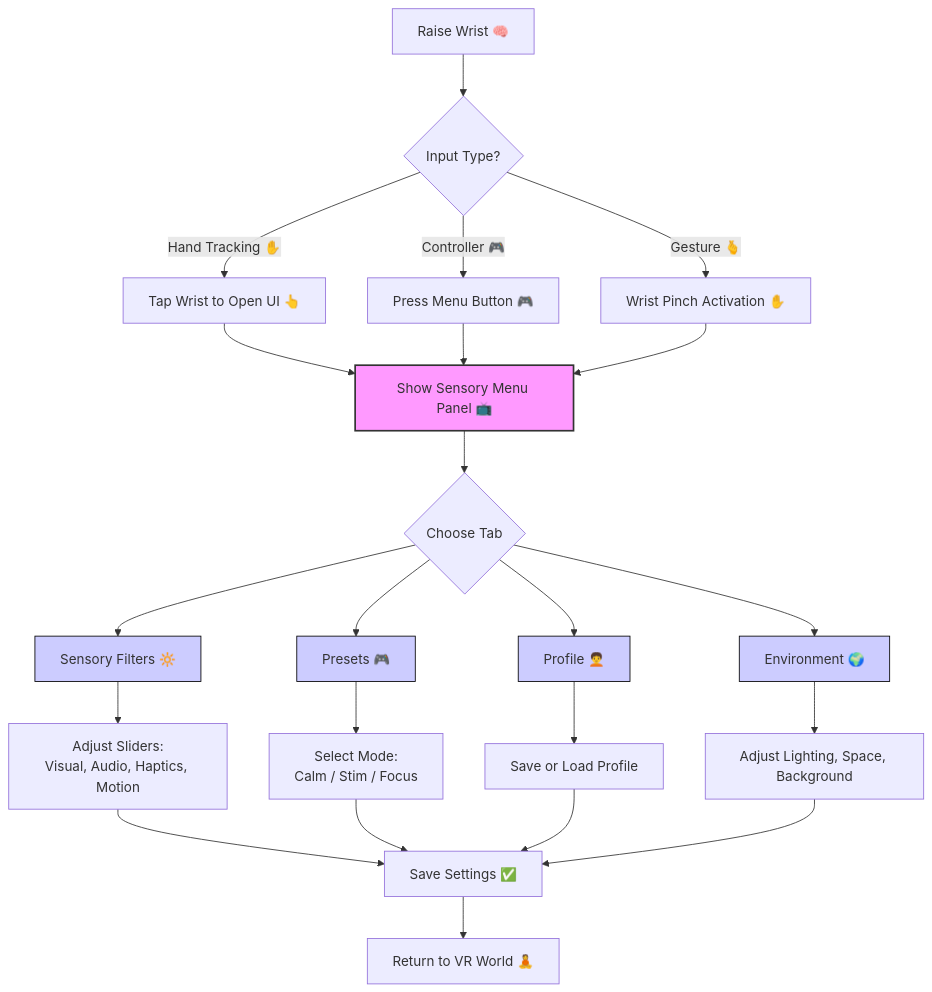
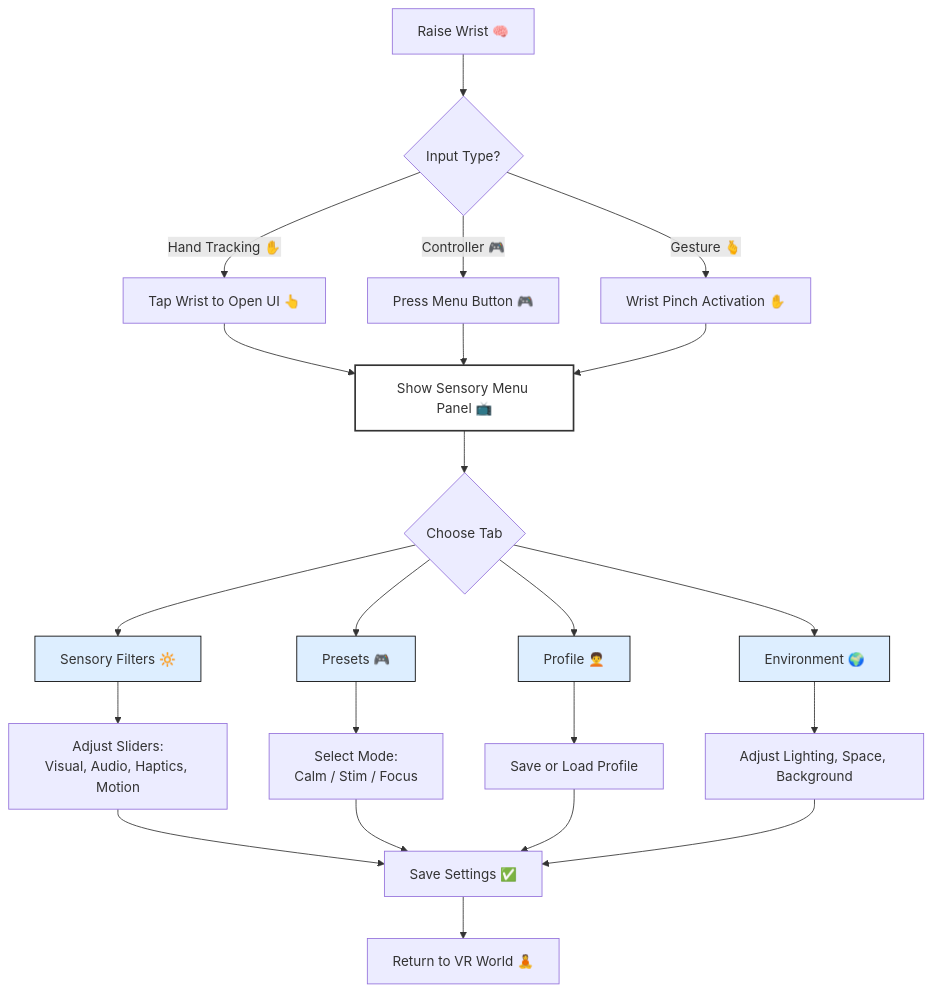
Before and after one commit to ZippyGorilla/NeuroverseG2: the first of 2 diagrams in README.md, drawn with Mermaid.

````diff
--- a/README.md
+++ b/README.md
@@ -14,36 +14,37 @@
 ```mermaid
 flowchart TD
     A[Raise Wrist 🧠] --> B{Input Type?}
 
     B -- "Hand Tracking ✋" --> C[Tap Wrist to Open UI 👆]
     B -- "Controller 🎮" --> D[Press Menu Button 🎮]
     B -- "Gesture 🫰" --> E[Wrist Pinch Activation ✋]
 
     C --> F[Show Sensory Menu Panel 📺]
     D --> F
     E --> F
 
     F --> G{Choose Tab}
     G --> G1[Sensory Filters 🔆]
     G --> G2[Presets 🎮]
     G --> G3[Profile 🧑‍🦱]
     G --> G4[Environment 🌍]
 
     G1 --> H1[Adjust Sliders:\nVisual, Audio, Haptics, Motion]
     G2 --> H2[Select Mode:\nCalm / Stim / Focus]
     G3 --> H3[Save or Load Profile]
     G4 --> H4[Adjust Lighting, Space, Background]
 
     H1 --> I[Save Settings ✅]
     H2 --> I
     H3 --> I
     H4 --> I
 
     I --> J[Return to VR World 🧘]
 
-    style F fill:#f9f,stroke:#333,stroke-width:2px
-    style G1 fill:#ccf,stroke:#000
-    style G2 fill:#ccf,stroke:#000
-    style G3 fill:#ccf,stroke:#000
-    style G4 fill:#ccf,stroke:#000
+    %% Improved styling for accessibility
+    style F fill:#ffffff,stroke:#333,stroke-width:2px
+    style G1 fill:#ddeeff,stroke:#000,stroke-width:1px
+    style G2 fill:#ddeeff,stroke:#000,stroke-width:1px
+    style G3 fill:#ddeeff,stroke:#000,stroke-width:1px
+    style G4 fill:#ddeeff,stroke:#000,stroke-width:1px
 ```
````
